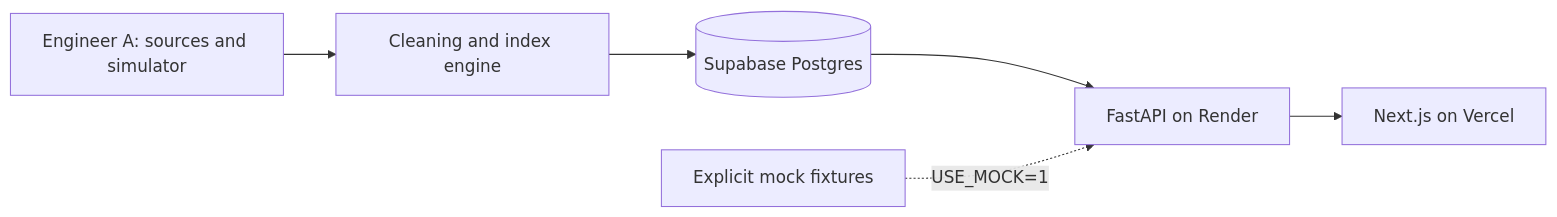
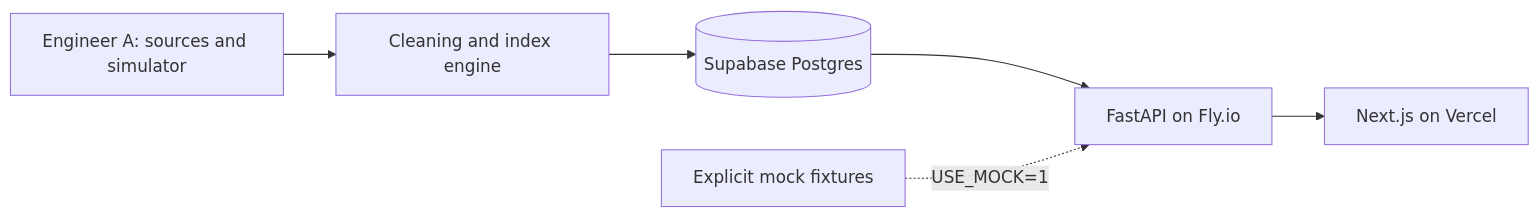
One commit to Aryan-Arora/APIx- changed the diagram in README.md. Above: the diagram before and after it, drawn with Mermaid. The commit also changed other lines of this file and 7 other files, not shown here.

````diff
--- a/README.md
+++ b/README.md
@@ -42,8 +42,8 @@
 ```mermaid
 flowchart LR
   A[Engineer A: sources and simulator] --> B[Cleaning and index engine]
   B --> C[(Supabase Postgres)]
-  C --> D[FastAPI on Render]
+  C --> D[FastAPI on Fly.io]
   D --> E[Next.js on Vercel]
   F[Explicit mock fixtures] -. USE_MOCK=1 .-> D
 ```
````
